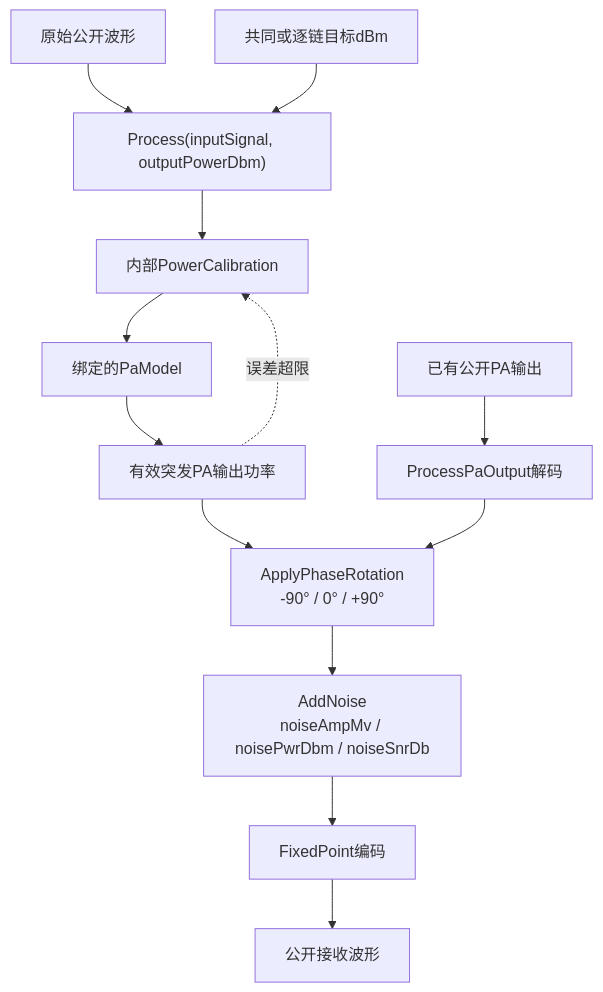
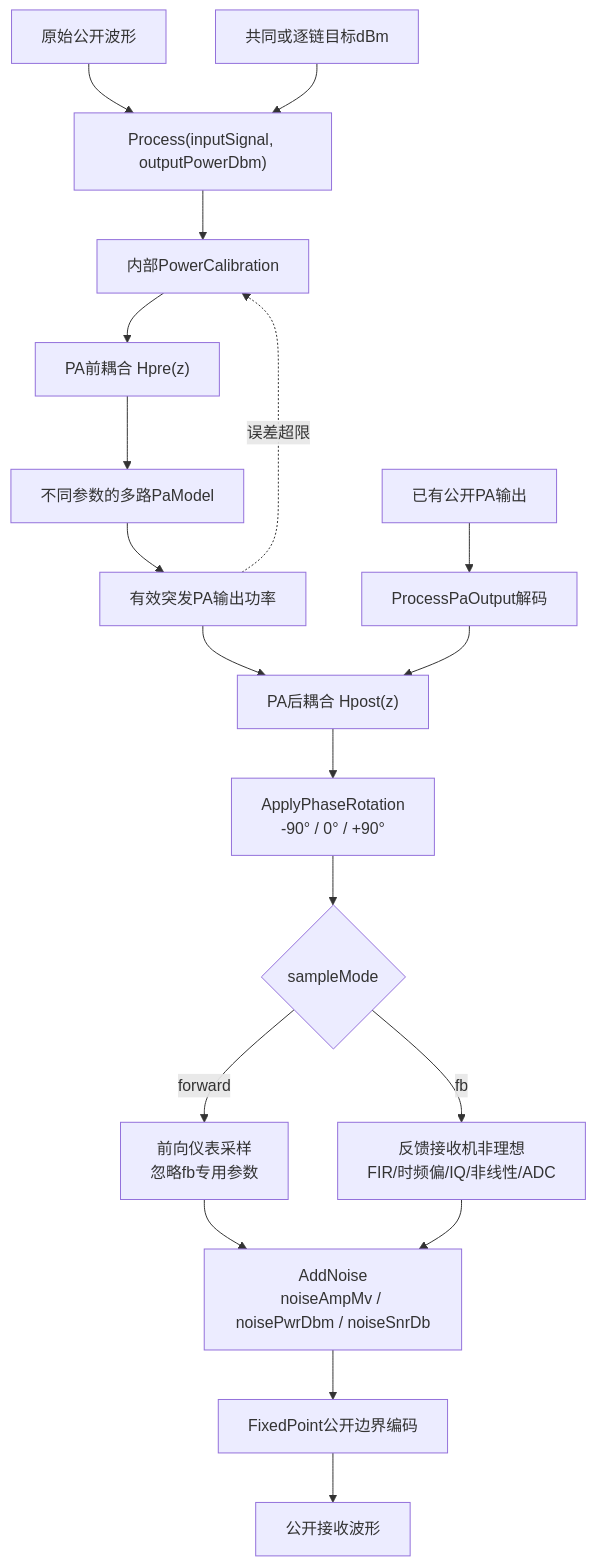
Diagram 12 of 18 in README.md (niyilu45/DPD_ILC), drawn with Mermaid before and after one commit. The commit also changed other lines of this file and 16 other files, not shown here.

````diff
--- a/README.md
+++ b/README.md
@@ -533,15 +554,21 @@
 ```mermaid
 flowchart TD
     raw["原始公开波形"] --> process["Process(inputSignal, outputPowerDbm)"]
     target["共同或逐链目标dBm"] --> process
     process --> calibration["内部PowerCalibration"]
-    calibration --> pa["绑定的PaModel"]
+    calibration --> pre["PA前耦合 Hpre(z)"]
+    pre --> pa["不同参数的多路PaModel"]
     pa --> detector["有效突发PA输出功率"]
     detector -. "误差超限" .-> calibration
-    detector --> phase["ApplyPhaseRotation<br/>-90° / 0° / +90°"]
-    phase --> noise["AddNoise<br/>noiseAmpMv / noisePwrDbm / noiseSnrDb"]
-    noise --> encode["FixedPoint编码"]
+    detector --> post["PA后耦合 Hpost(z)"]
+    post --> phase["ApplyPhaseRotation<br/>-90° / 0° / +90°"]
+    phase --> mode{"sampleMode"}
+    mode -->|forward| forward["前向仪表采样<br/>忽略fb专用参数"]
+    mode -->|fb| feedback["反馈接收机非理想<br/>FIR/时频偏/IQ/非线性/ADC"]
+    forward --> noise["AddNoise<br/>noiseAmpMv / noisePwrDbm / noiseSnrDb"]
+    feedback --> noise
+    noise --> encode["FixedPoint公开边界编码"]
     encode --> receiver["公开接收波形"]
     paOutput["已有公开PA输出"] --> paDecode["ProcessPaOutput解码"]
-    paDecode --> phase
+    paDecode --> post
 ```
````
